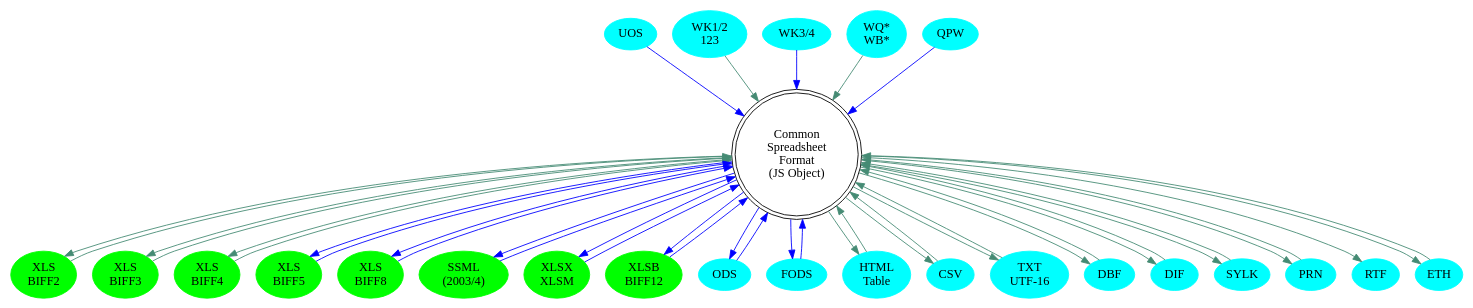
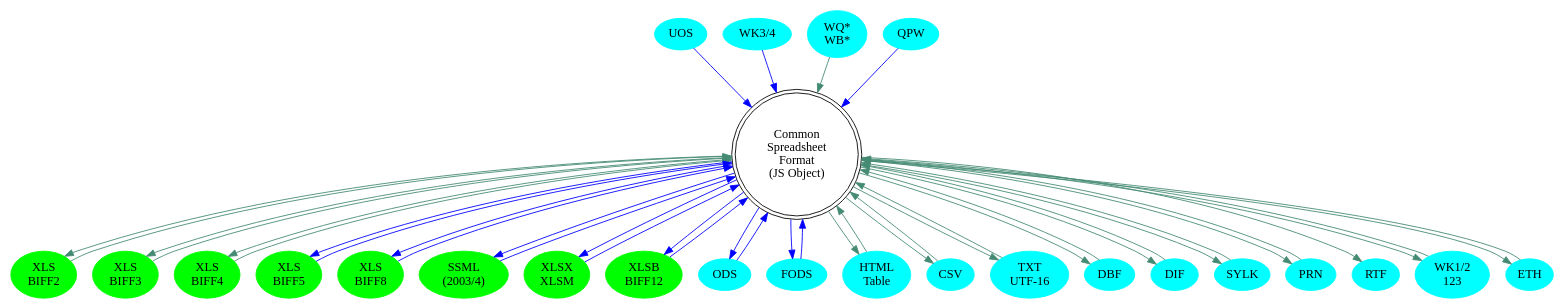
Before and after one commit to KingTiger001/sheet-project: the diagram in misc/formats.dot, drawn with Graphviz. The commit also changed 12 other files, not shown here.

```diff
--- a/misc/formats.dot
+++ b/misc/formats.dot
@@ -1,85 +1,86 @@
 digraph G {
 	graph [mindist=0.1];
 	node [fontname="Indie Flower"];
 	csf [shape=doublecircle,label="Common\nSpreadsheet\nFormat\n(JS Object)"];
 	subgraph XL {
 		node  [style=filled,color="#00FF00"];
 		xls2  [label="XLS\nBIFF2"];
 		xls3  [label="XLS\nBIFF3"];
 		xls4  [label="XLS\nBIFF4"];
 		xls5  [label="XLS\nBIFF5"];
 		xls8  [label="XLS\nBIFF8"];
 		xlml  [label="SSML\n(2003/4)"];
 		xlsx  [label="XLSX\nXLSM"];
 		xlsb  [label="XLSB\nBIFF12"];
 	}
 
 	subgraph OLD {
 		node  [style=filled,color=cyan];
 		ods   [label="ODS"];
 		fods  [label="FODS"];
 		uos   [label="UOS"];
 		html  [label="HTML\nTable"];
 		csv   [label="CSV"];
 		txt   [label="TXT\nUTF-16"];
 		dbf   [label="DBF"];
 		dif   [label="DIF"];
 		slk   [label="SYLK"];
 		prn   [label="PRN"];
 		rtf   [label="RTF"];
 		wk1   [label="WK1/2\n123"];
 		wk3   [label="WK3/4"];
 		wqb   [label="WQ*\nWB*"];
 		qpw   [label="QPW"];
 		eth   [label="ETH"];
 	}
 
 	subgraph WORKBOOK {
 		edge [color=blue];
 		csf -> xlsx
 		xlsx -> csf
 		csf -> xlsb
 		xlsb -> csf
 		csf -> xlml
 		xlml -> csf
 		csf -> xls5
 		xls5 -> csf
 		csf -> xls8
 		xls8 -> csf
 		ods -> csf
 		csf -> ods
 		fods -> csf
 		csf -> fods
 		uos -> csf
 		wk3 -> csf
 		qpw -> csf
 	}
 	subgraph WORKSHEET {
 		edge [color=aquamarine4];
 		xls2 -> csf
 		csf -> xls2
 		xls3 -> csf
 		csf -> xls3
 		xls4 -> csf
 		csf -> xls4
 		csf -> slk
 		slk -> csf
 		csf -> dif
 		wk1 -> csf
+		csf -> wk1
 		wqb -> csf
 		dif -> csf
 		csf -> rtf
 		prn -> csf
 		csf -> prn
 		csv -> csf
 		csf -> csv
 		txt -> csf
 		csf -> txt
 		dbf -> csf
 		csf -> dbf
 		html -> csf
 		csf -> html
 		csf -> eth
 		eth -> csf
 	}
 }
```
